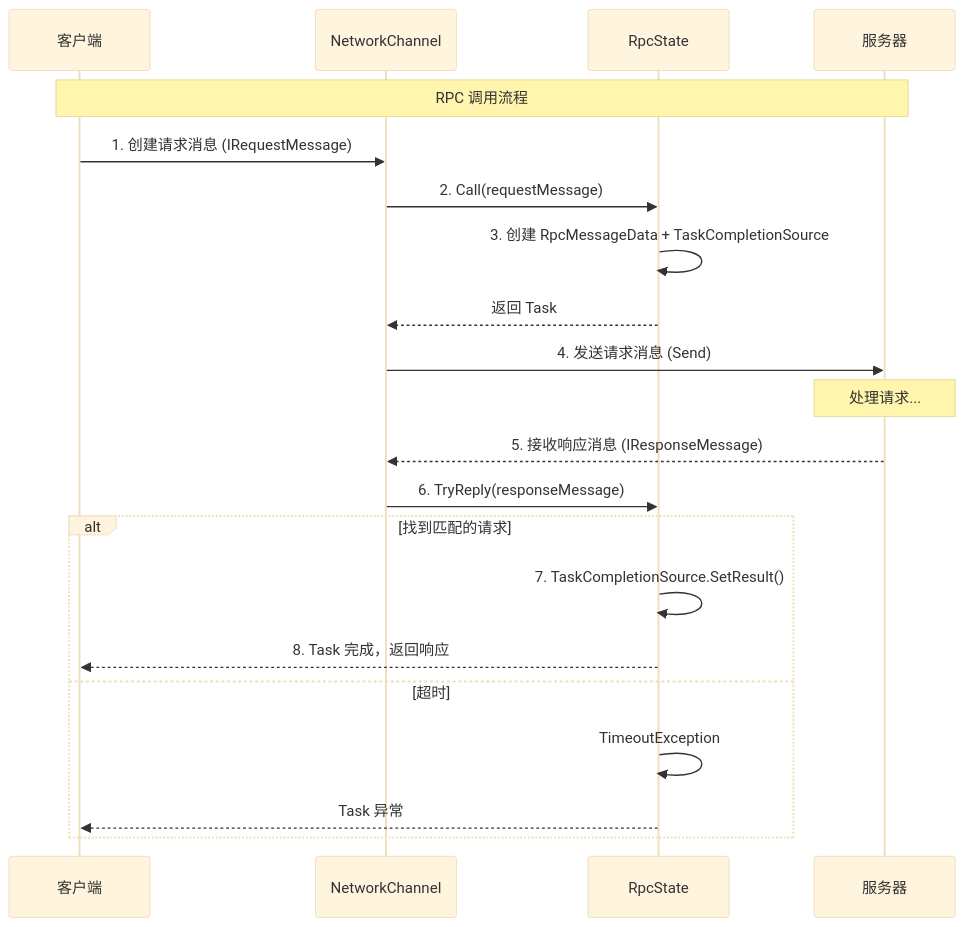
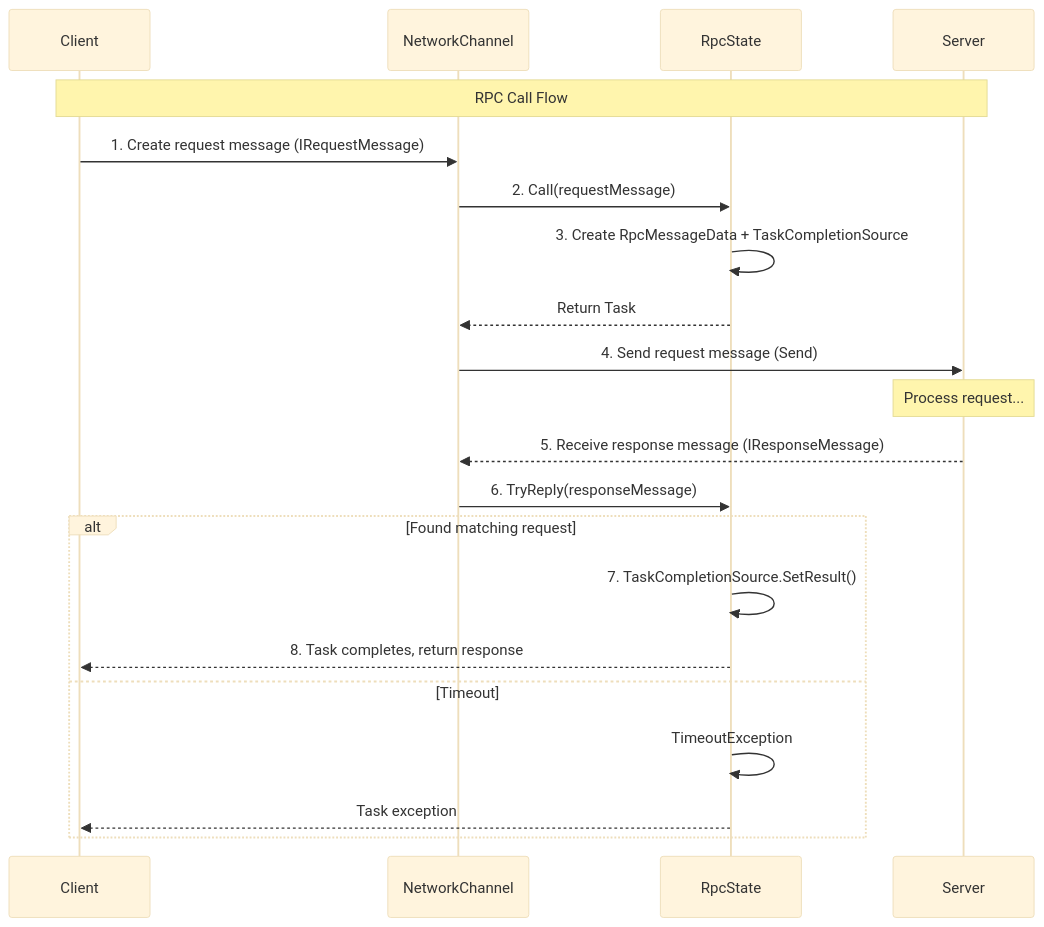
Before and after one commit to AlianBlank/GameFrameX.Docs: the third of 3 diagrams in docs/en/client/unity/component/network/11.rpc.md, drawn with Mermaid (base theme). The commit also changed other lines of this file and 242 other files, not shown here.

````diff
--- a/docs/en/client/unity/component/network/11.rpc.md
+++ b/docs/en/client/unity/component/network/11.rpc.md
@@ -204,28 +204,28 @@
 ```mermaid
 sequenceDiagram
-    participant Client as 客户端
+    participant Client as Client
     participant Channel as NetworkChannel
     participant RpcState as RpcState
-    participant Server as 服务器
+    participant Server as Server
 
-    Note over Client,Server: RPC 调用流程
+    Note over Client,Server: RPC Call Flow
 
-    Client->>Channel: 1. 创建请求消息 (IRequestMessage)
+    Client->>Channel: 1. Create request message (IRequestMessage)
     Channel->>RpcState: 2. Call(requestMessage)
-    RpcState->>RpcState: 3. 创建 RpcMessageData + TaskCompletionSource
-    RpcState-->>Channel: 返回 Task
-    Channel->>Server: 4. 发送请求消息 (Send)
-    
-    Note over Server: 处理请求...
-    
-    Server-->>Channel: 5. 接收响应消息 (IResponseMessage)
+    RpcState->>RpcState: 3. Create RpcMessageData + TaskCompletionSource
+    RpcState-->>Channel: Return Task
+    Channel->>Server: 4. Send request message (Send)
+
+    Note over Server: Process request...
+
+    Server-->>Channel: 5. Receive response message (IResponseMessage)
     Channel->>RpcState: 6. TryReply(responseMessage)
-    
-    alt 找到匹配的请求
+
+    alt Found matching request
         RpcState->>RpcState: 7. TaskCompletionSource.SetResult()
-        RpcState-->>Client: 8. Task 完成，返回响应
-    else 超时
+        RpcState-->>Client: 8. Task completes, return response
+    else Timeout
         RpcState->>RpcState: TimeoutException
-        RpcState-->>Client: Task 异常
+        RpcState-->>Client: Task exception
     end
 ```
````
